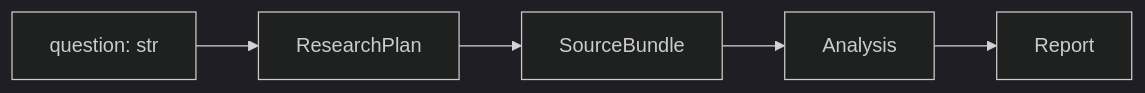
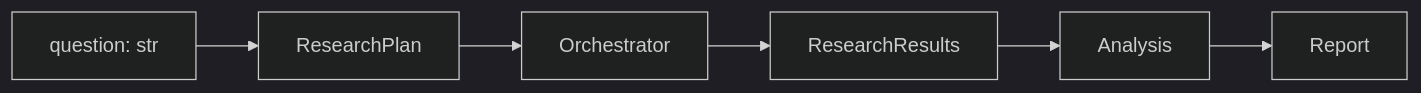
Before and after one commit to lyoness1/agent-orchestration-mcp: the third of 4 diagrams in DESIGN.md, drawn with Mermaid (dark theme). The commit also changed other lines of this file and 12 other files, not shown here.

First line of the commit message:
Add Researcher agent with Anthropic tool-use loop and ResearchResults models (#6)

````diff
--- a/DESIGN.md
+++ b/DESIGN.md
@@ -168,7 +175,8 @@
 ```mermaid
 flowchart LR
     Q["question: str"] --> RP["ResearchPlan"]
-    RP --> SB["SourceBundle"]
-    SB --> AN["Analysis"]
+    RP --> O["Orchestrator"]
+    O --> RR["ResearchResults"]
+    RR --> AN["Analysis"]
     AN --> REP["Report"]
 ```
````
